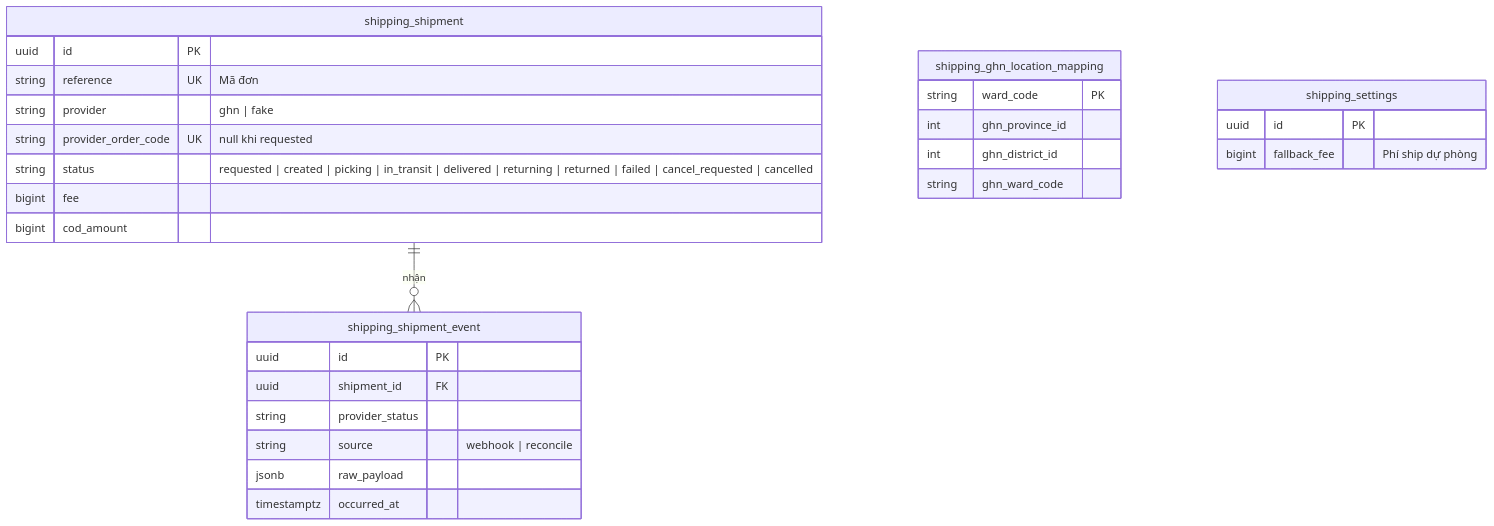
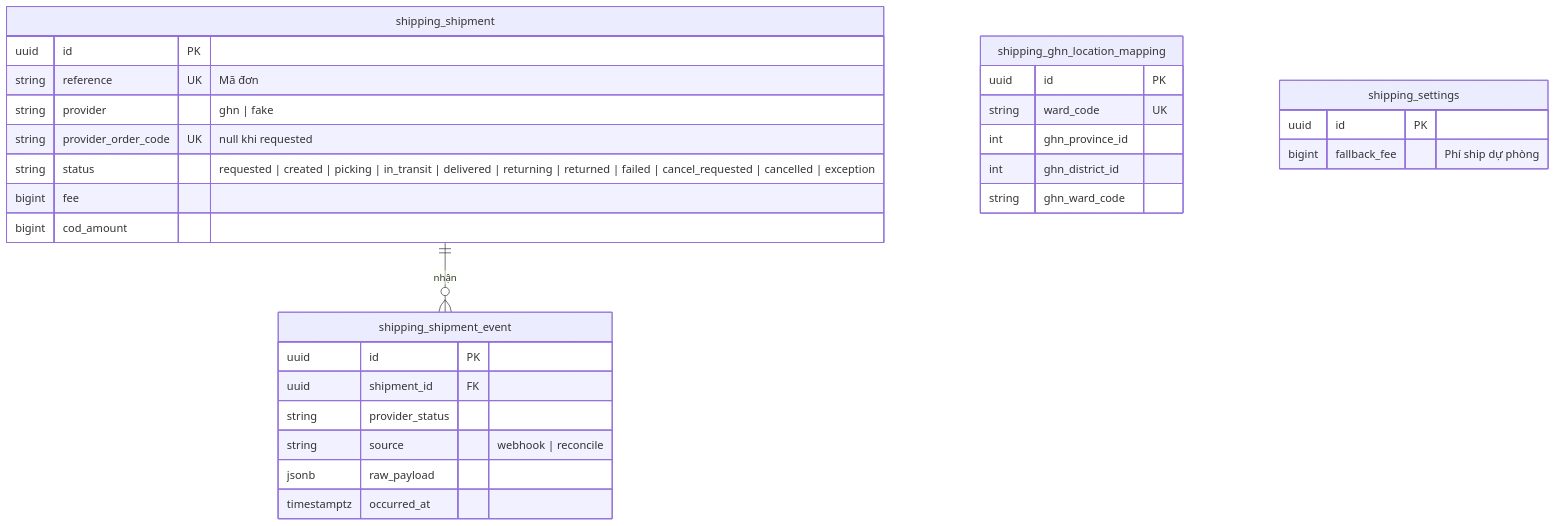
One commit to LuongCongThanh/boilerplate-ecommerce-next-16 changed the seventh of 9 diagrams in docs/architecture/03-data-model.md. Above: the diagram before and after it, drawn with Mermaid. The commit also changed other lines of this file and 16 other files, not shown here.

First line of the commit message:
docs: fix architecture gaps in locking, idempotency, tasks and API ownership

````diff
--- a/docs/architecture/03-data-model.md
+++ b/docs/architecture/03-data-model.md
@@ -343,31 +368,32 @@
 ```mermaid
 erDiagram
     shipping_shipment ||--o{ shipping_shipment_event : "nhận"
     shipping_shipment {
         uuid id PK
         string reference UK "Mã đơn"
         string provider "ghn | fake"
         string provider_order_code UK "null khi requested"
-        string status "requested | created | picking | in_transit | delivered | returning | returned | failed | cancel_requested | cancelled"
+        string status "requested | created | picking | in_transit | delivered | returning | returned | failed | cancel_requested | cancelled | exception"
         bigint fee
         bigint cod_amount
     }
     shipping_shipment_event {
         uuid id PK
         uuid shipment_id FK
         string provider_status
         string source "webhook | reconcile"
         jsonb raw_payload
         timestamptz occurred_at
     }
     shipping_ghn_location_mapping {
-        string ward_code PK
+        uuid id PK
+        string ward_code UK
         int ghn_province_id
         int ghn_district_id
         string ghn_ward_code
     }
     shipping_settings {
         uuid id PK
         bigint fallback_fee "Phí ship dự phòng"
     }
 ```
````
